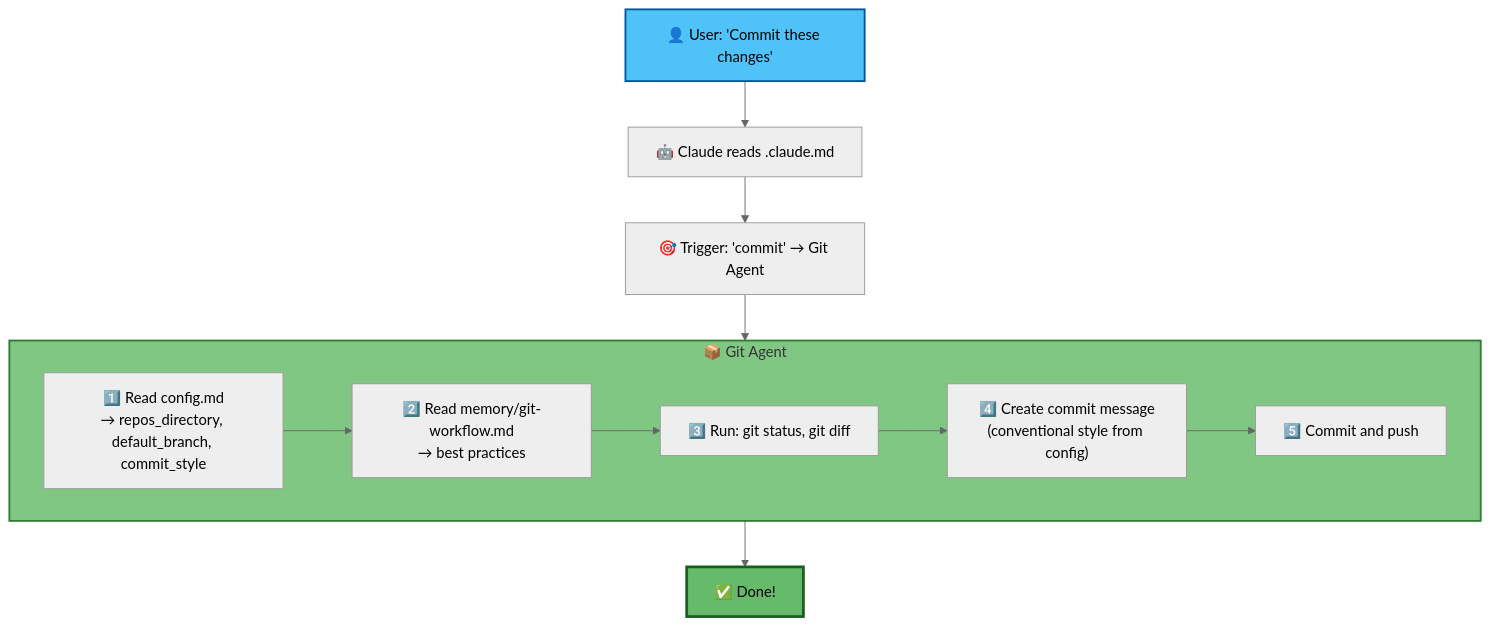
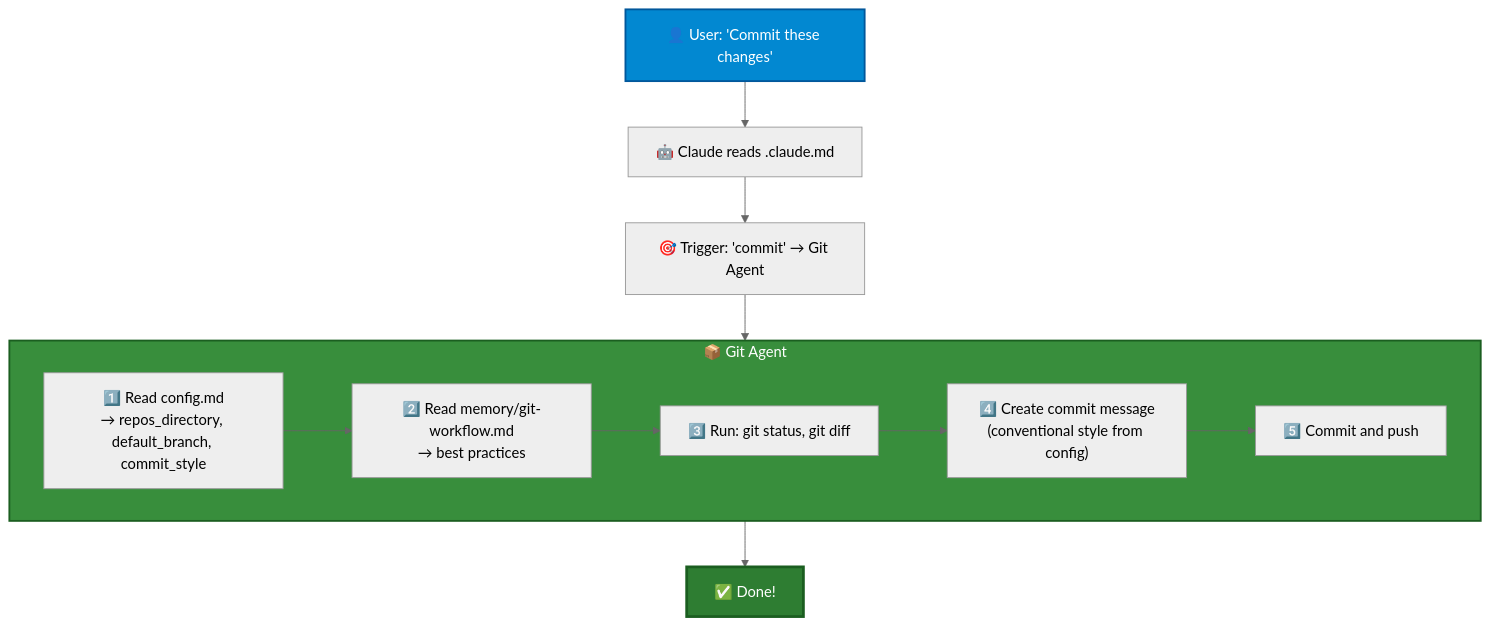
Before and after one commit to rhwendt/vaulty: the fifth of 9 diagrams in INTERACTION-DIAGRAM.md, drawn with Mermaid (neutral theme). The commit also changed other lines of this file and 2 other files, not shown here.

````diff
--- a/INTERACTION-DIAGRAM.md
+++ b/INTERACTION-DIAGRAM.md
@@ -219,24 +219,24 @@
 ```mermaid
 flowchart TD
     User["👤 User: 'Commit these changes'"]
     Read["🤖 Claude reads .claude.md"]
     Trigger["🎯 Trigger: 'commit' → Git Agent"]
 
     subgraph GitAgent["📦 Git Agent"]
         Step1["1️⃣ Read config.md<br/>→ repos_directory, default_branch, commit_style"]
         Step2["2️⃣ Read memory/git-workflow.md<br/>→ best practices"]
         Step3["3️⃣ Run: git status, git diff"]
         Step4["4️⃣ Create commit message<br/>(conventional style from config)"]
         Step5["5️⃣ Commit and push"]
 
         Step1 --> Step2 --> Step3 --> Step4 --> Step5
     end
 
     Done["✅ Done!"]
 
     User --> Read --> Trigger --> GitAgent --> Done
 
-    style User fill:#4fc3f7,stroke:#01579b,stroke-width:2px
-    style GitAgent fill:#81c784,stroke:#2e7d32,stroke-width:2px
-    style Done fill:#66bb6a,stroke:#1b5e20,stroke-width:3px
+    style User fill:#0288d1,stroke:#01579b,color:#fff,stroke-width:2px
+    style GitAgent fill:#388e3c,stroke:#1b5e20,color:#fff,stroke-width:2px
+    style Done fill:#2e7d32,stroke:#1b5e20,color:#fff,stroke-width:3px
 ```
````
